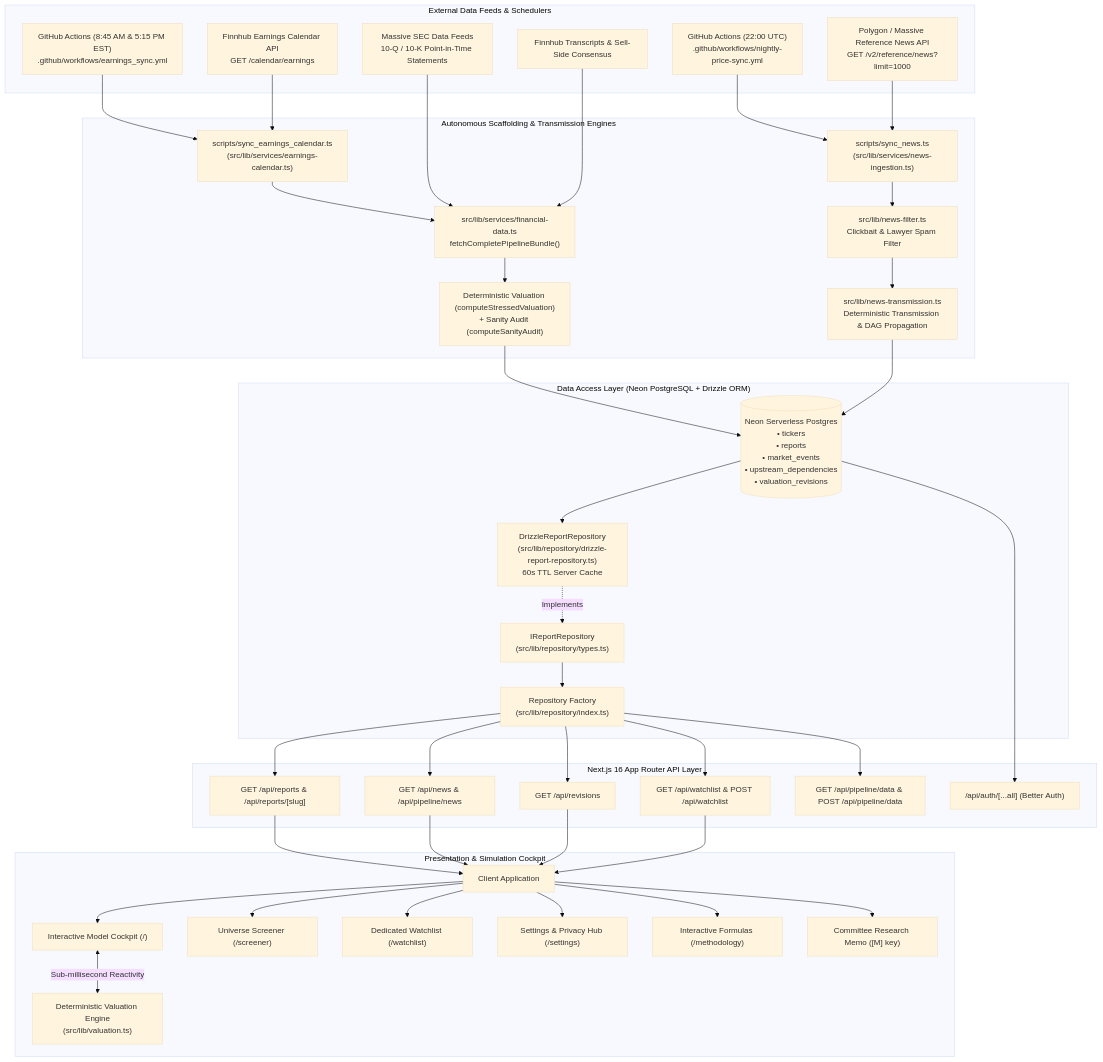
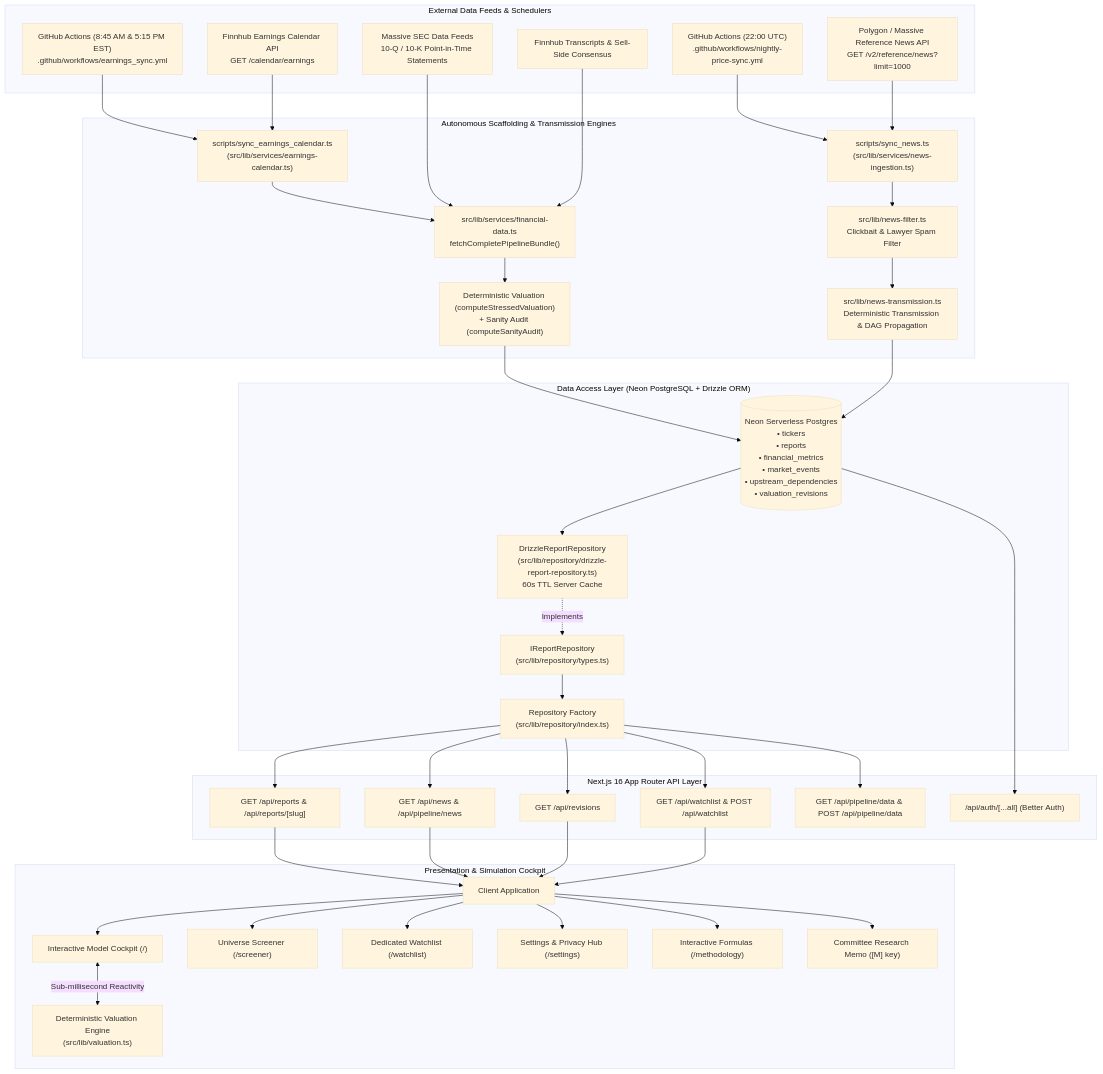
One commit to phanturne/stress-alpha changed the first of 9 diagrams in docs/architecture.md. Above: the diagram before and after it, drawn with Mermaid (base theme). The commit also changed other lines of this file and 79 other files, not shown here.

First line of the commit message:
docs: refresh architecture docs, diagrams, screenshots, and purge repo-level impeccable files (#2)

````diff
--- a/docs/architecture.md
+++ b/docs/architecture.md
@@ -27,54 +28,54 @@
 ```mermaid
 flowchart TB
     subgraph DataSources["External Data Feeds & Schedulers"]
         FinnhubCal["Finnhub Earnings Calendar API\nGET /calendar/earnings"]
         PolygonNews["Polygon / Massive Reference News API\nGET /v2/reference/news?limit=1000"]
         MassiveSEC["Massive SEC Data Feeds\n10-Q / 10-K Point-in-Time Statements"]
         FinnhubTranscripts["Finnhub Transcripts & Sell-Side Consensus"]
         CronEarnings["GitHub Actions (8:45 AM & 5:15 PM EST)\n.github/workflows/earnings_sync.yml"]
         CronNightly["GitHub Actions (22:00 UTC)\n.github/workflows/nightly-price-sync.yml"]
     end
 
     subgraph AutonomousEngines["Autonomous Scaffolding & Transmission Engines"]
         CronEarnings --> IngestCal["scripts/sync_earnings_calendar.ts\n(src/lib/services/earnings-calendar.ts)"]
         FinnhubCal --> IngestCal
         IngestCal --> Scaffolder["src/lib/services/financial-data.ts\nfetchCompletePipelineBundle()"]
         MassiveSEC & FinnhubTranscripts --> Scaffolder
         Scaffolder --> EvalPipeline["Deterministic Valuation (computeStressedValuation)\n+ Sanity Audit (computeSanityAudit)"]
 
         CronNightly --> IngestNews["scripts/sync_news.ts\n(src/lib/services/news-ingestion.ts)"]
         PolygonNews --> IngestNews
         IngestNews --> NewsFilter["src/lib/news-filter.ts\nClickbait & Lawyer Spam Filter"]
         NewsFilter --> NewsTransmission["src/lib/news-transmission.ts\nDeterministic Transmission & DAG Propagation"]
     end
 
     subgraph StorageLayer["Data Access Layer (Neon PostgreSQL + Drizzle ORM)"]
-        EvalPipeline --> NeonDB[("Neon Serverless Postgres\n• tickers\n• reports\n• market_events\n• upstream_dependencies\n• valuation_revisions")]
+        EvalPipeline --> NeonDB[("Neon Serverless Postgres\n• tickers\n• reports\n• financial_metrics\n• market_events\n• upstream_dependencies\n• valuation_revisions")]
         NewsTransmission --> NeonDB
         
         NeonDB --> DAL["DrizzleReportRepository\n(src/lib/repository/drizzle-report-repository.ts)\n60s TTL Server Cache"]
         DAL -.->|"Implements"| IRepo["IReportRepository\n(src/lib/repository/types.ts)"]
         IRepo --> Factory["Repository Factory\n(src/lib/repository/index.ts)"]
     end
 
     subgraph APILayer["Next.js 16 App Router API Layer"]
         Factory --> APIReports["GET /api/reports & /api/reports/[slug]"]
         Factory --> APINews["GET /api/news & /api/pipeline/news"]
         Factory --> APIRevisions["GET /api/revisions"]
         Factory --> APIWatchlist["GET /api/watchlist & POST /api/watchlist"]
         Factory --> APIPipeline["GET /api/pipeline/data & POST /api/pipeline/data"]
         NeonDB --> APIAuth["/api/auth/[...all] (Better Auth)"]
     end
 
     subgraph PresentationLayer["Presentation & Simulation Cockpit"]
         APIReports & APINews & APIRevisions & APIWatchlist --> ClientPages["Client Application"]
         ClientPages --> Dashboard["Interactive Model Cockpit (/)"]
         ClientPages --> Screener["Universe Screener (/screener)"]
         ClientPages --> Watchlist["Dedicated Watchlist (/watchlist)"]
         ClientPages --> Settings["Settings & Privacy Hub (/settings)"]
         ClientPages --> Methodology["Interactive Formulas (/methodology)"]
         ClientPages --> Memo["Committee Research Memo ([M] key)"]
 
         Dashboard <-->|"Sub-millisecond Reactivity"| ValEngine["Deterministic Valuation Engine\n(src/lib/valuation.ts)"]
     end
 ```
````
